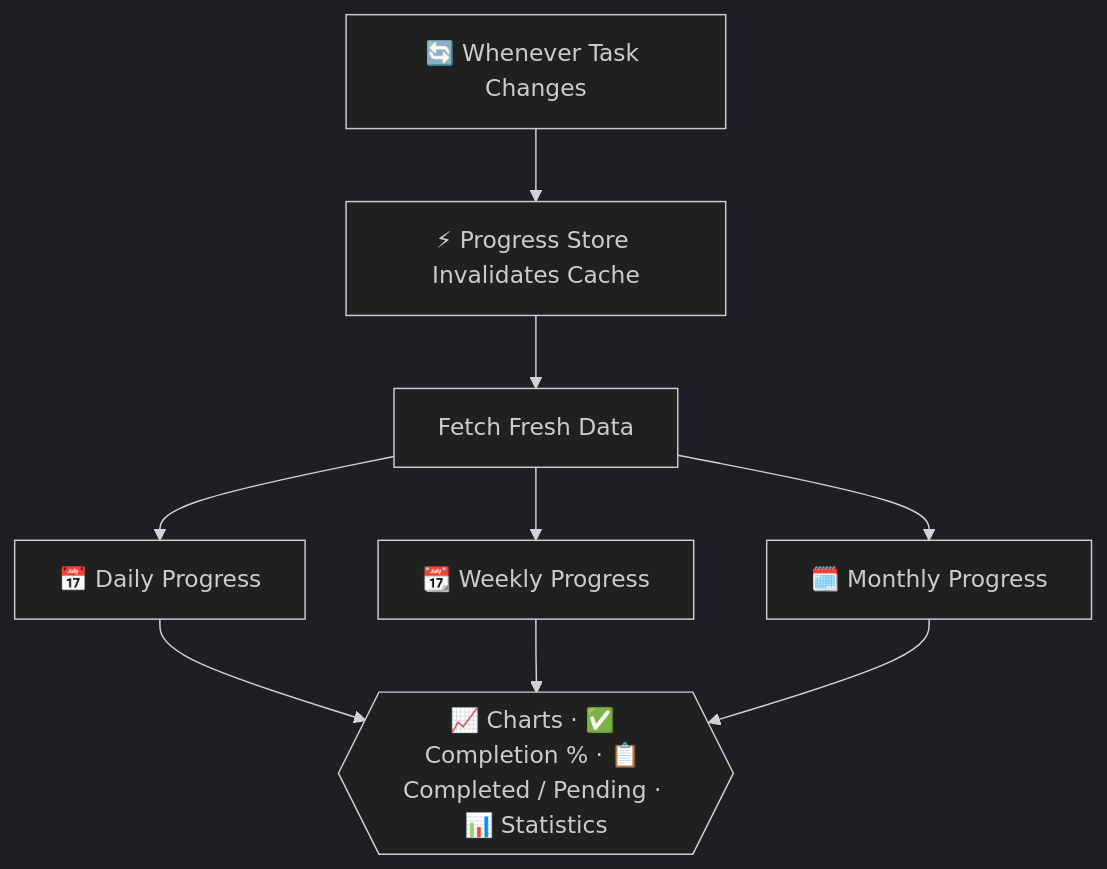
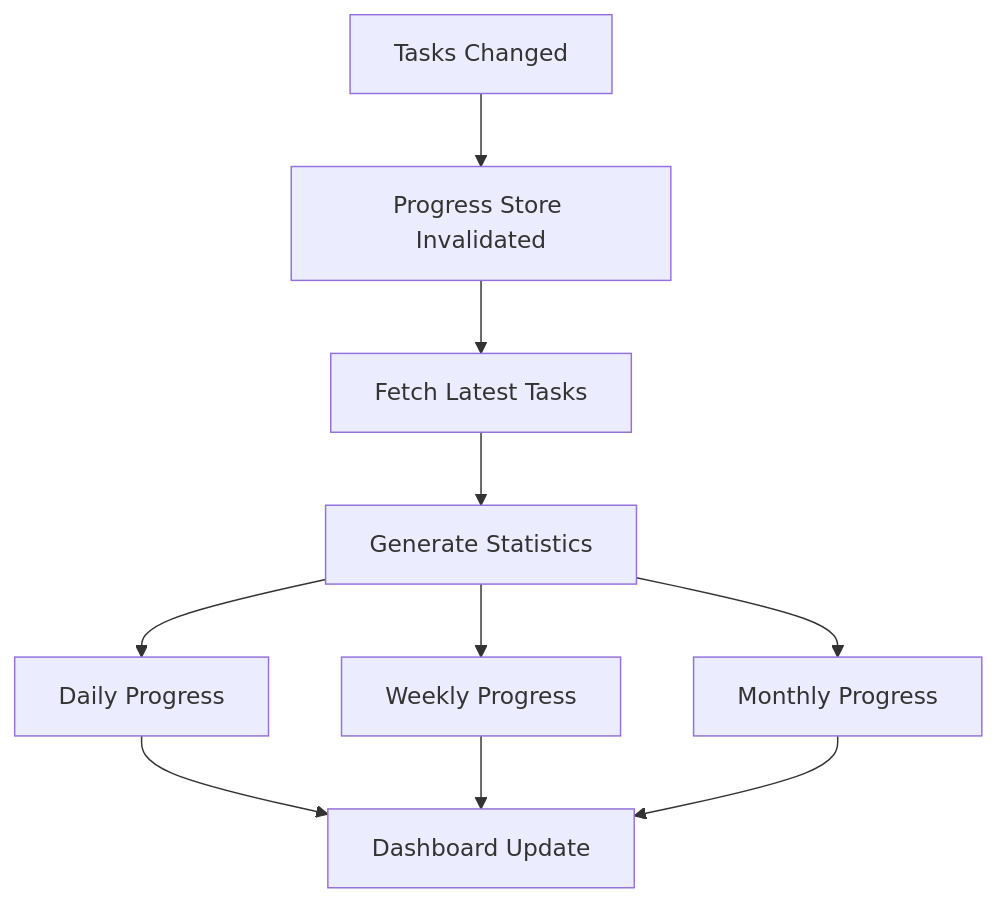
The ninth of 14 diagrams in README.md (Pragatees/life-os-refined), drawn with Mermaid before and after one commit. The commit also changed other lines of this file, not shown here.

````diff
--- a/README.md
+++ b/README.md
@@ -219,10 +348,12 @@
 ```mermaid
-%%{init: {'theme':'dark'}}%%
 flowchart TD
-    CHANGE[🔄 Whenever Task Changes] --> INVALIDATE[⚡ Progress Store Invalidates Cache]
-    INVALIDATE --> FETCH[Fetch Fresh Data]
-    FETCH --> DAILY[📅 Daily Progress]
-    FETCH --> WEEKLY[📆 Weekly Progress]
-    FETCH --> MONTHLY[🗓️ Monthly Progress]
-    DAILY & WEEKLY & MONTHLY --> OUT{{"📈 Charts · ✅ Completion % · 📋 Completed / Pending · 📊 Statistics"}}
+    A[Tasks Changed] --> B[Progress Store Invalidated]
+    B --> C[Fetch Latest Tasks]
+    C --> D[Generate Statistics]
+    D --> E[Daily Progress]
+    D --> F[Weekly Progress]
+    D --> G[Monthly Progress]
+    E --> H[Dashboard Update]
+    F --> H
+    G --> H
 ```
````
